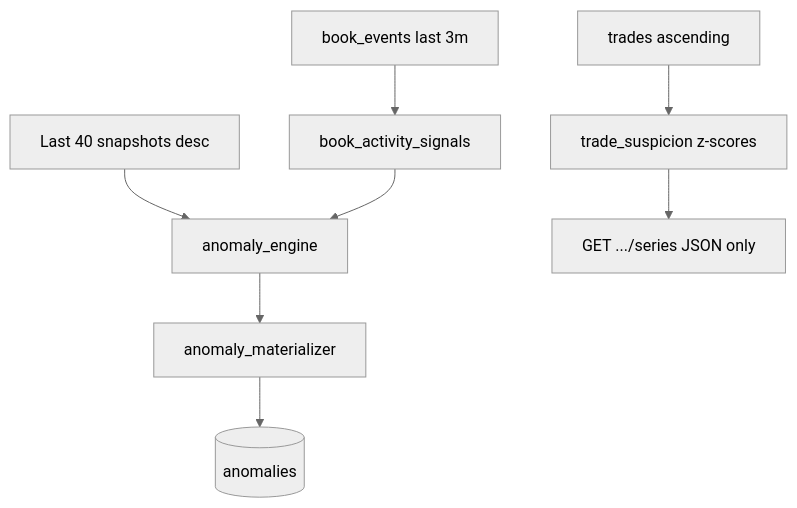
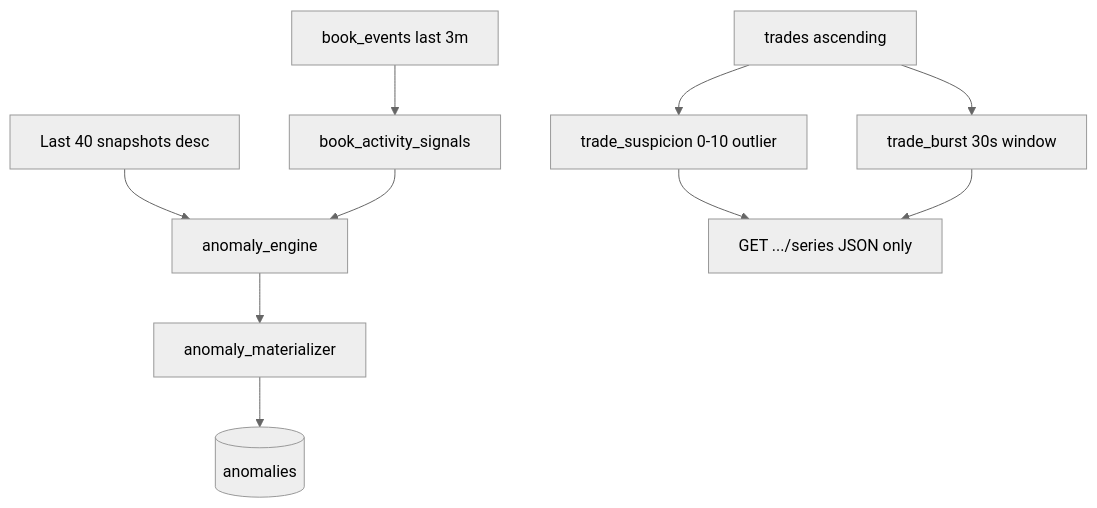
Before and after one commit to hong-david/predictionmarkets: the third of 3 diagrams in README.md, drawn with Mermaid (neutral theme). The commit also changed other lines of this file and 45 other files, not shown here.

````diff
--- a/README.md
+++ b/README.md
@@ -133,10 +135,12 @@
 ```mermaid
 flowchart TD
   SN[Last 40 snapshots desc] --> AE[anomaly_engine]
   BE[book_events last 3m] --> BS[book_activity_signals]
   BS --> AE
   AE --> AM[anomaly_materializer]
   AM --> AN[(anomalies)]
-  TR[trades ascending] --> TS[trade_suspicion z-scores]
+  TR[trades ascending] --> TS[trade_suspicion 0-10 outlier]
+  TR --> TB[trade_burst 30s window]
   TS --> SER[GET .../series JSON only]
+  TB --> SER
 ```
````
